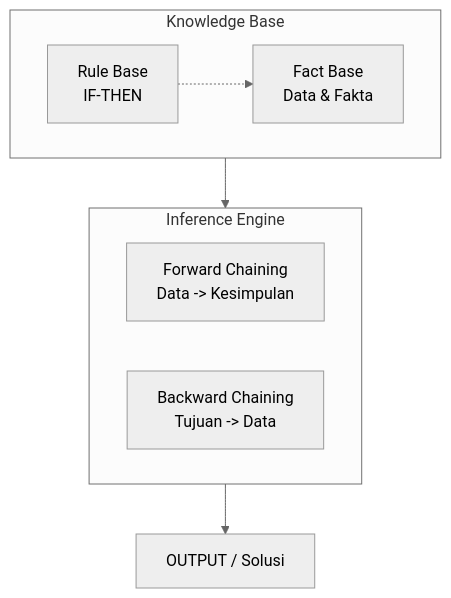
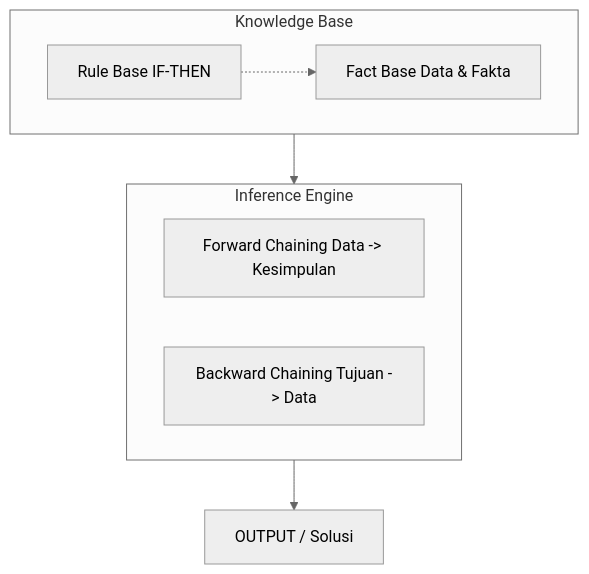
Before and after one commit to antonprafanto/dasarAI2026: the sixth of 9 diagrams in bab-03-representasi.md, drawn with Mermaid (neutral theme). The commit also changed other lines of this file and 3 other files, not shown here.

Commit message:
Fix: Replace br tags in Mermaid diagrams with quoted labels

````diff
--- a/bab-03-representasi.md
+++ b/bab-03-representasi.md
@@ -444,17 +444,17 @@
 ```mermaid
 graph TD
     subgraph KB[Knowledge Base]
-        Rules[Rule Base<br/>IF-THEN]
-        Facts[Fact Base<br/>Data & Fakta]
+        Rules["Rule Base IF-THEN"]
+        Facts["Fact Base Data & Fakta"]
     end
 
     subgraph Engine[Inference Engine]
-        FC[Forward Chaining<br/>Data -> Kesimpulan]
-        BC[Backward Chaining<br/>Tujuan -> Data]
+        FC["Forward Chaining Data -> Kesimpulan"]
+        BC["Backward Chaining Tujuan -> Data"]
     end
 
     KB --> Engine
     Engine --> Output[OUTPUT / Solusi]
 
     Rules -.-> Facts
 ```
````
